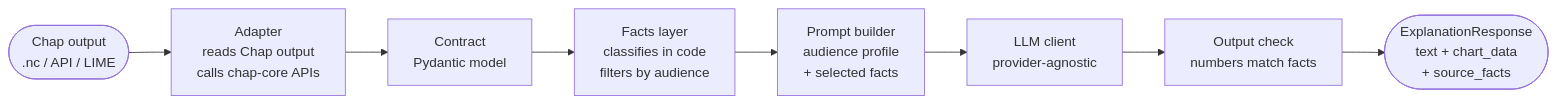
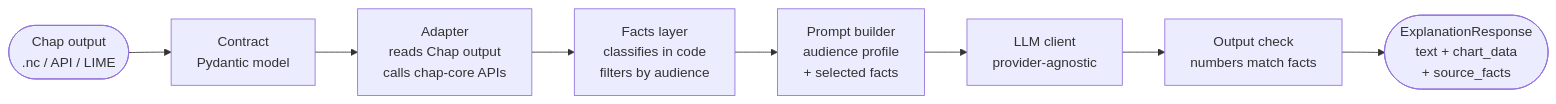
One commit to dhis2-chap/chap-llm changed the first of 2 diagrams in ARCHITECTURE.md. Above: the diagram before and after it, drawn with Mermaid. The commit also changed other lines of this file, not shown here.

Commit message:
Rearrange pipeline components in architecture document
Reordered components in the pipeline and updated flowchart.

````diff
--- a/ARCHITECTURE.md
+++ b/ARCHITECTURE.md
@@ -11,13 +11,13 @@
 ```mermaid
 flowchart LR
     Input([Chap output\n.nc / API / LIME])
-    A[Adapter\nreads Chap output\ncalls chap-core APIs]
-    B[Contract\nPydantic model]
+    A[Contract\nPydantic model]
+    B[Adapter\nreads Chap output\ncalls chap-core APIs]
     C[Facts layer\nclassifies in code\nfilters by audience]
     D[Prompt builder\naudience profile\n+ selected facts]
     E[LLM client\nprovider-agnostic]
     F[Output check\nnumbers match facts]
     G([ExplanationResponse\ntext + chart_data\n+ source_facts])
 
     Input --> A --> B --> C --> D --> E --> F --> G
 ```
````
